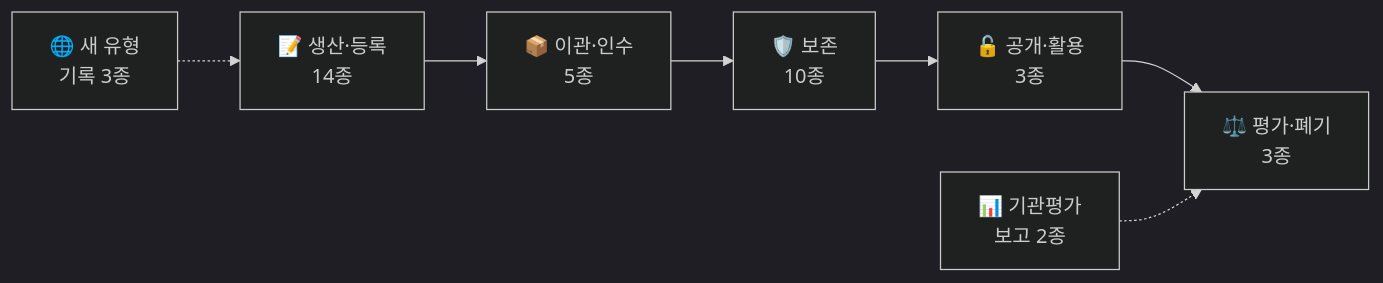
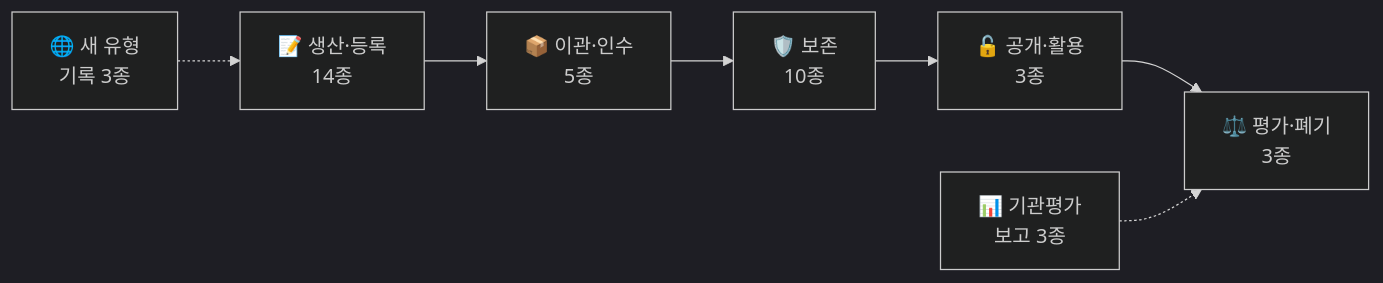
Before and after one commit to changgi/archive-bm-tools: the first of 2 diagrams in README.md, drawn with Mermaid (dark theme). The commit also changed other lines of this file and 30 other files, not shown here.

````diff
--- a/README.md
+++ b/README.md
@@ -58,9 +58,9 @@
 ```mermaid
 flowchart LR
     A["📝 생산·등록<br/>14종"] --> B["📦 이관·인수<br/>5종"]
     B --> C["🛡️ 보존<br/>10종"]
     C --> D["🔓 공개·활용<br/>3종"]
     D --> E["⚖️ 평가·폐기<br/>3종"]
     N["🌐 새 유형<br/>기록 3종"] -.-> A
-    R["📊 기관평가<br/>보고 2종"] -.-> E
+    R["📊 기관평가<br/>보고 3종"] -.-> E
 ```
````
